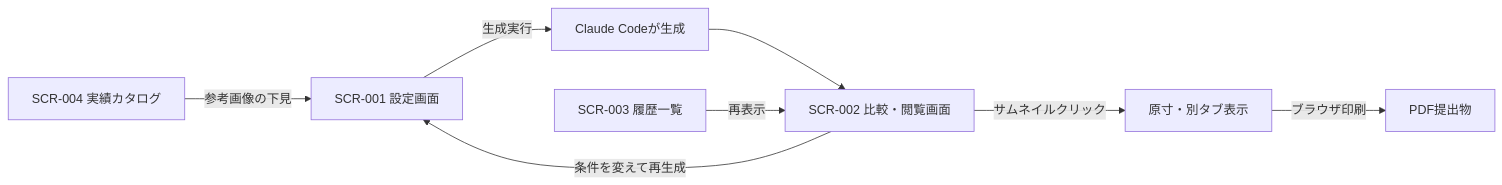
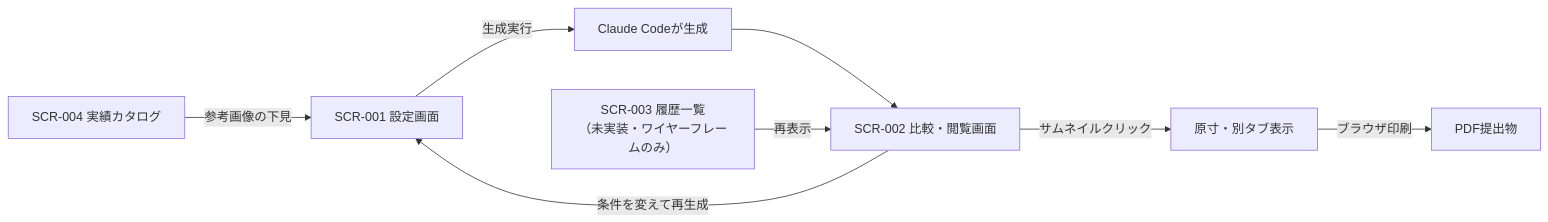
The diagram in docs/SPEC.md (BZSusui/kenesis-loop-kit), drawn with Mermaid before and after one commit. The commit also changed other lines of this file and 5 other files, not shown here.

````diff
--- a/docs/SPEC.md
+++ b/docs/SPEC.md
@@ -120,10 +121,10 @@
 ```mermaid
 flowchart LR
     SCR001[SCR-001 設定画面] -->|生成実行| GEN[Claude Codeが生成]
     GEN --> SCR002[SCR-002 比較・閲覧画面]
     SCR002 -->|サムネイルクリック| FULL[原寸・別タブ表示]
     SCR002 -->|条件を変えて再生成| SCR001
     FULL -->|ブラウザ印刷| PDF[PDF提出物]
     SCR004[SCR-004 実績カタログ] -->|参考画像の下見| SCR001
-    SCR003[SCR-003 履歴一覧] -->|再表示| SCR002
+    SCR003["SCR-003 履歴一覧<br/>（未実装・ワイヤーフレームのみ）"] -->|再表示| SCR002
 ```
````
